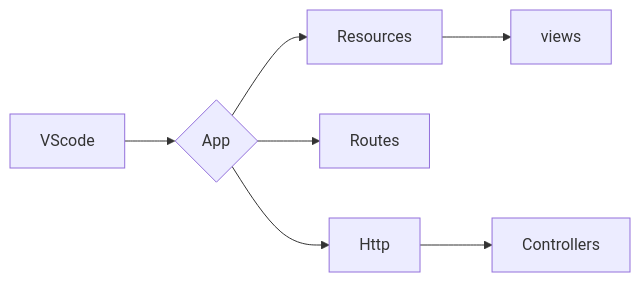
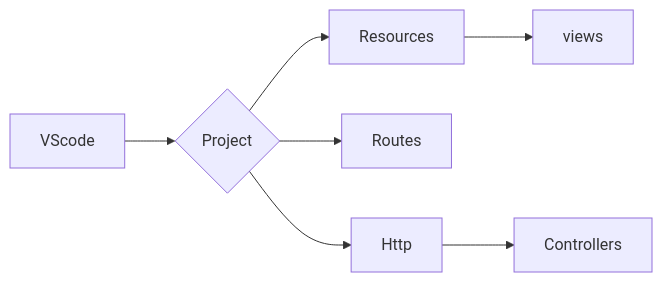
One commit to SauloCandeira/PHP-Laravel changed the diagram in readme.md. Above: the diagram before and after it, drawn with Mermaid.

````diff
--- a/readme.md
+++ b/readme.md
@@ -18,11 +18,11 @@
 ```mermaid
 flowchart LR
 B[VScode]
 
-B --> C{App}
+B --> C{Project}
 C --> N[Resources]
 N --> O[views]
 C --> K[Routes]
 C --> L[Http]
 L --> M[Controllers]
 ```
````
